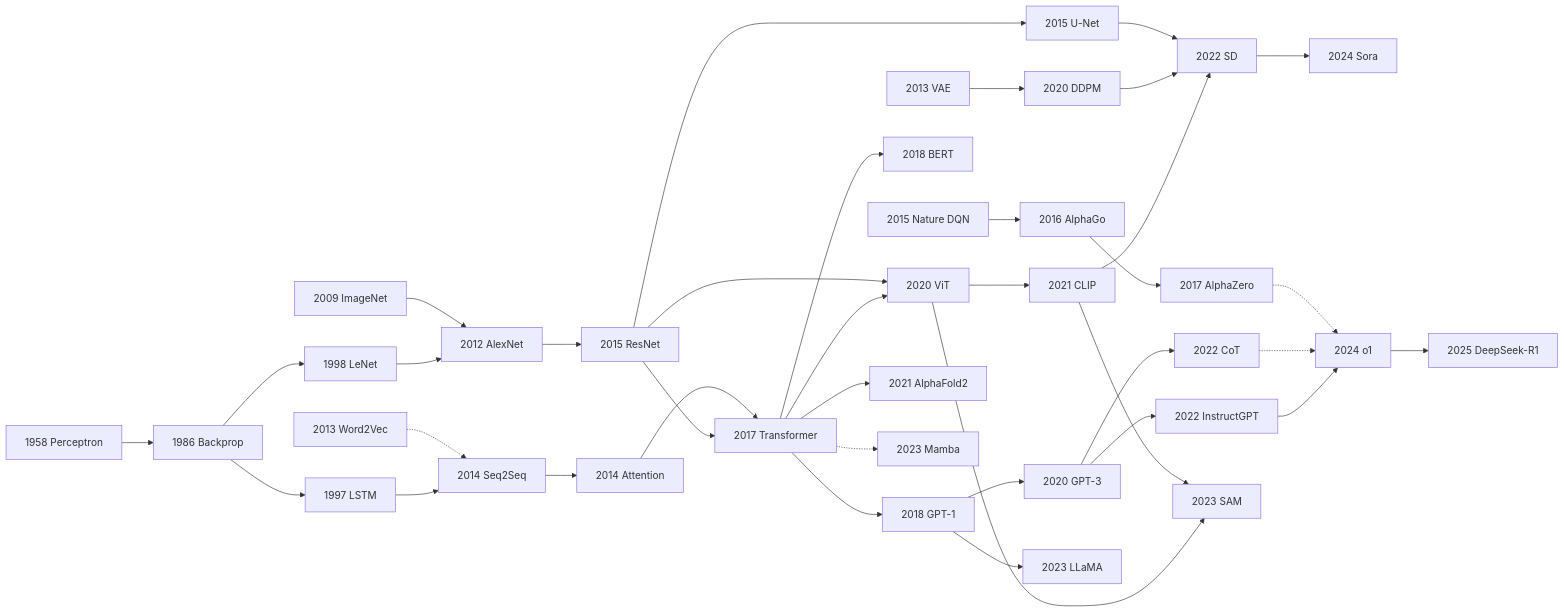
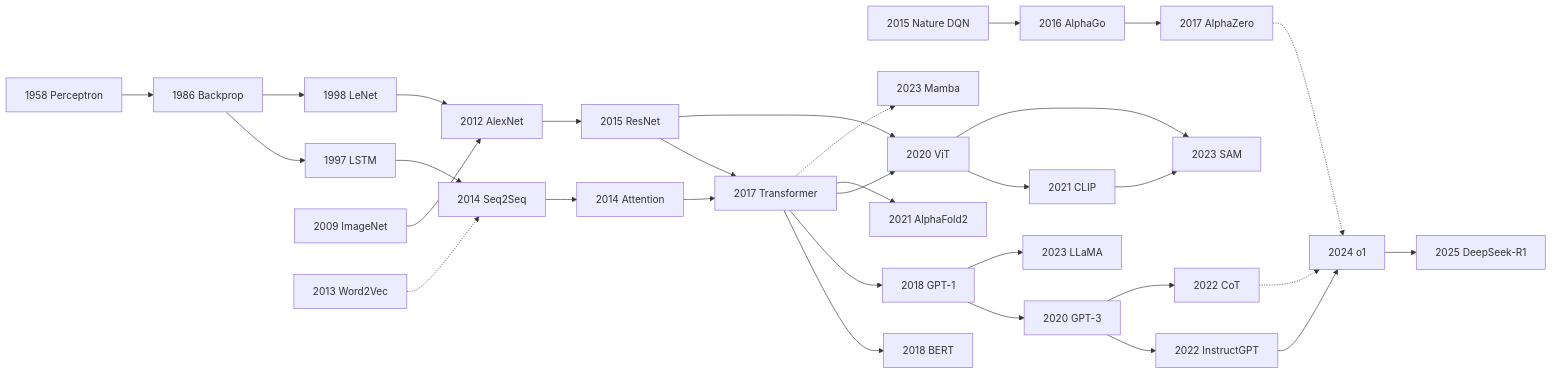
The diagram in docs_zh/index.md (zhaoyang97/awesome-papers), drawn with Mermaid before and after one commit. The commit also changed other lines of this file and 1 other file, not shown here.

````diff
--- a/docs_zh/index.md
+++ b/docs_zh/index.md
@@ -11,79 +11,67 @@
 ```mermaid
 graph LR
   Per[1958 Perceptron] --> BP[1986 Backprop]
   BP --> LSTM[1997 LSTM]
   BP --> LeNet[1998 LeNet]
   LeNet --> Alex[2012 AlexNet]
   IN[2009 ImageNet] --> Alex
   Alex --> Res[2015 ResNet]
 
   LSTM --> S2S[2014 Seq2Seq]
   W2V[2013 Word2Vec] -.-> S2S
   S2S --> Att[2014 Attention]
   Res --> Tr[2017 Transformer]
   Att --> Tr
 
-  Res --> UNet[2015 U-Net]
-  VAE[2013 VAE] --> DDPM[2020 DDPM]
-
   DQN[2015 Nature DQN] --> AGo[2016 AlphaGo]
   AGo --> AZero[2017 AlphaZero]
 
   Tr --> BERT[2018 BERT]
   Tr --> GPT[2018 GPT-1]
   Tr --> ViT[2020 ViT]
   Res --> ViT
 
   GPT --> G3[2020 GPT-3]
   ViT --> CLIP[2021 CLIP]
-  CLIP --> SD[2022 SD]
-  DDPM --> SD
-  UNet --> SD
 
   Tr --> AF2[2021 AlphaFold2]
   G3 --> IGPT[2022 InstructGPT]
   G3 --> CoT[2022 CoT]
 
   GPT --> LLaMA[2023 LLaMA]
   ViT --> SAM[2023 SAM]
   CLIP --> SAM
   Tr -.-> Mamba[2023 Mamba]
-  SD --> Sora[2024 Sora]
   IGPT --> o1[2024 o1]
   CoT -.-> o1
   AZero -.-> o1
   o1 --> R1[2025 DeepSeek-R1]
 
   click Per "era1_foundations/1958_perceptron/" "Perceptron 笔记"
   click BP "era1_foundations/1986_backprop/" "Backprop 笔记"
   click LSTM "era1_foundations/1997_lstm/" "LSTM 笔记"
   click LeNet "era1_foundations/1998_lenet/" "LeNet 笔记"
   click IN "era1_foundations/2009_imagenet/" "ImageNet 笔记"
   click Alex "era2_deep_renaissance/2012_alexnet/" "AlexNet 笔记"
   click W2V "era2_deep_renaissance/2013_word2vec/" "Word2Vec 笔记"
-  click VAE "era2_deep_renaissance/2013_vae/" "VAE 笔记"
   click S2S "era2_deep_renaissance/2014_seq2seq/" "Seq2Seq 笔记"
   click Att "era2_deep_renaissance/2014_attention/" "Bahdanau Attention 笔记"
   click Res "era2_deep_renaissance/2015_resnet/" "ResNet 笔记"
-  click UNet "era2_deep_renaissance/2015_unet/" "U-Net 笔记"
   click DQN "era2_deep_renaissance/2015_dqn_nature/" "Nature DQN 笔记"
   click AGo "era2_deep_renaissance/2016_alphago/" "AlphaGo 笔记"
   click Tr "era3_attention/2017_transformer/" "Transformer 笔记"
   click AZero "era3_attention/2017_alphazero/" "AlphaZero 笔记"
   click BERT "era3_attention/2018_bert/" "BERT 笔记"
   click GPT "era3_attention/2018_gpt1/" "GPT-1 笔记"
   click G3 "era4_foundation_models/2020_gpt3/" "GPT-3 笔记"
   click ViT "era4_foundation_models/2020_vit/" "ViT 笔记"
-  click DDPM "era4_foundation_models/2020_ddpm/" "DDPM 笔记"
   click CLIP "era4_foundation_models/2021_clip/" "CLIP 笔记"
   click AF2 "era4_foundation_models/2021_alphafold2/" "AlphaFold2 笔记"
-  click SD "era4_foundation_models/2022_stable_diffusion/" "Stable Diffusion 笔记"
   click IGPT "era4_foundation_models/2022_instructgpt/" "InstructGPT 笔记"
   click CoT "era4_foundation_models/2022_cot/" "CoT 笔记"
   click LLaMA "era5_genai_explosion/2023_llama/" "LLaMA 笔记"
   click SAM "era5_genai_explosion/2023_sam/" "SAM 笔记"
   click Mamba "era5_genai_explosion/2023_mamba/" "Mamba 笔记"
-  click Sora "era5_genai_explosion/2024_sora/" "Sora 笔记"
   click o1 "era5_genai_explosion/2024_o1/" "o1 笔记"
   click R1 "era5_genai_explosion/2025_deepseek_r1/" "DeepSeek-R1 笔记"
 ```
````
